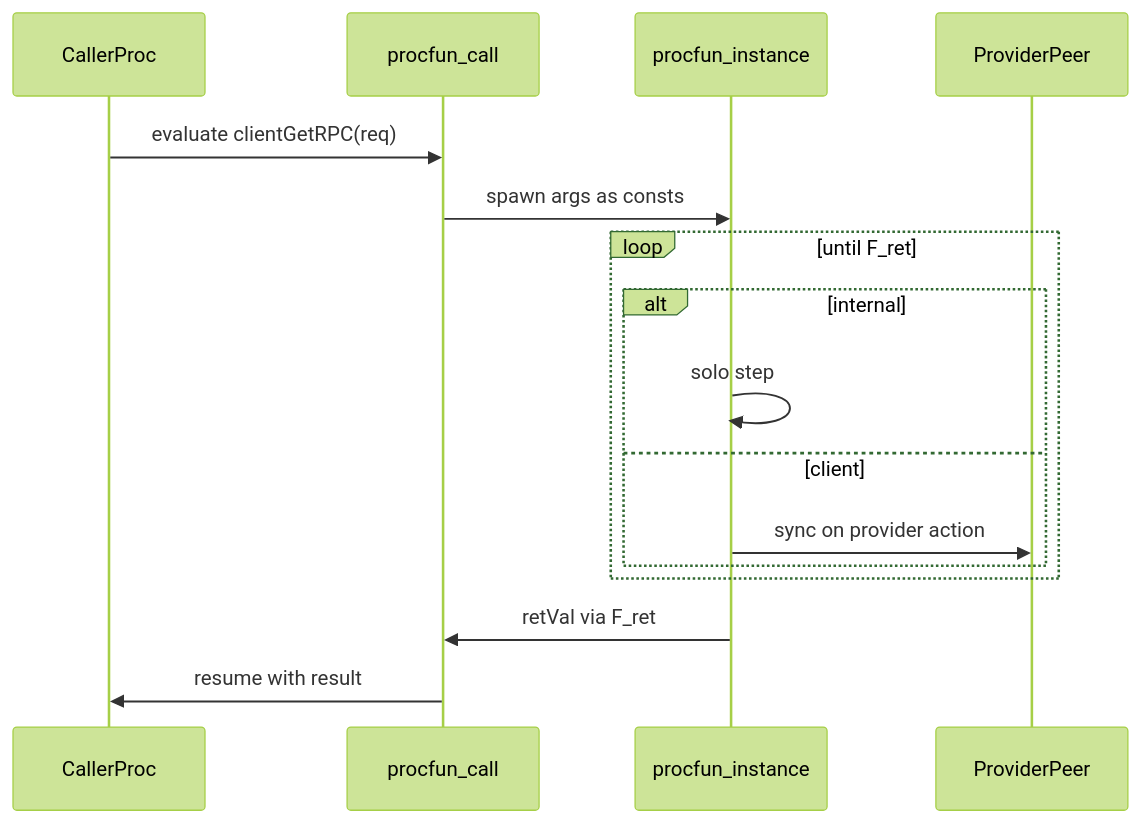
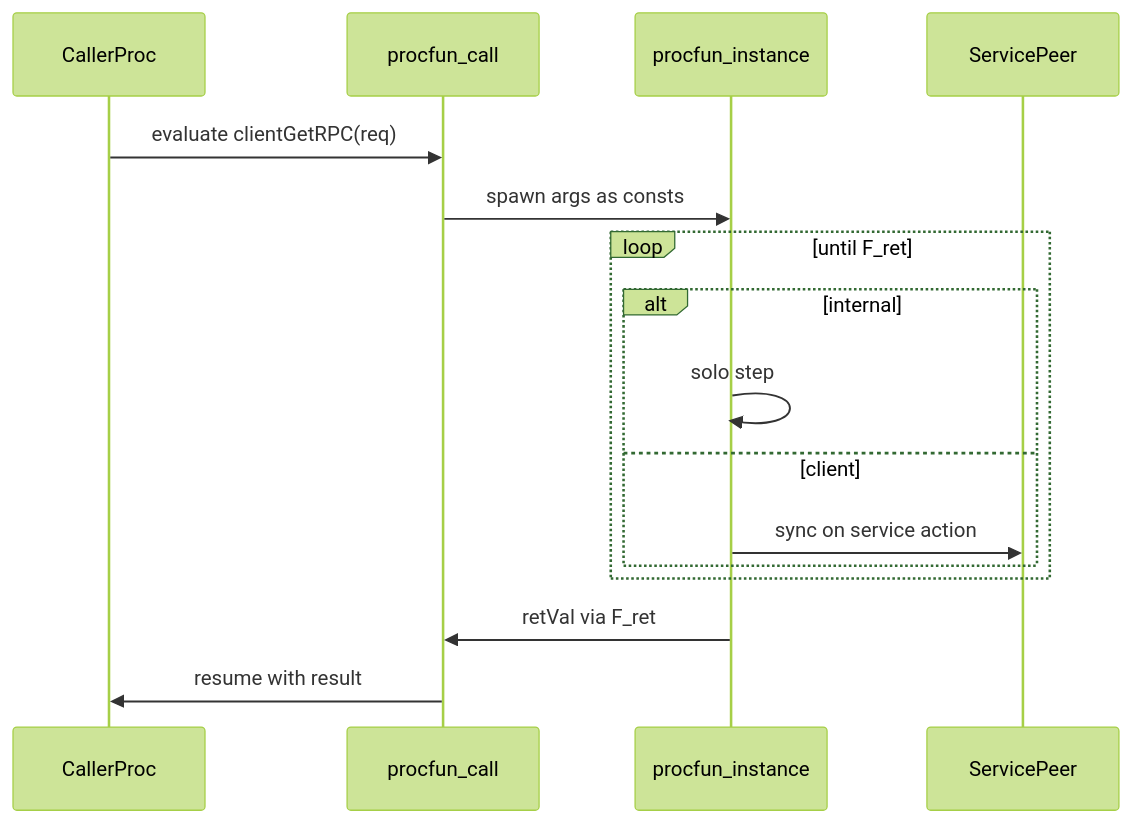
One commit to iandardik/Julang changed the diagram in docs/language/procfun.md. Above: the diagram before and after it, drawn with Mermaid (forest theme). The commit also changed other lines of this file and 244 other files, not shown here.

````diff
--- a/docs/language/procfun.md
+++ b/docs/language/procfun.md
@@ -77,18 +77,18 @@
 ```mermaid
 sequenceDiagram
   participant Caller as CallerProc
   participant Call as procfun_call
   participant Child as procfun_instance
-  participant Prov as ProviderPeer
+  participant Hub as ServicePeer
   Caller->>Call: evaluate clientGetRPC(req)
   Call->>Child: spawn args as consts
   loop until F_ret
     alt internal
       Child->>Child: solo step
     else client
-      Child->>Prov: sync on provider action
+      Child->>Hub: sync on service action
     end
   end
   Child->>Call: retVal via F_ret
   Call->>Caller: resume with result
 ```
````
